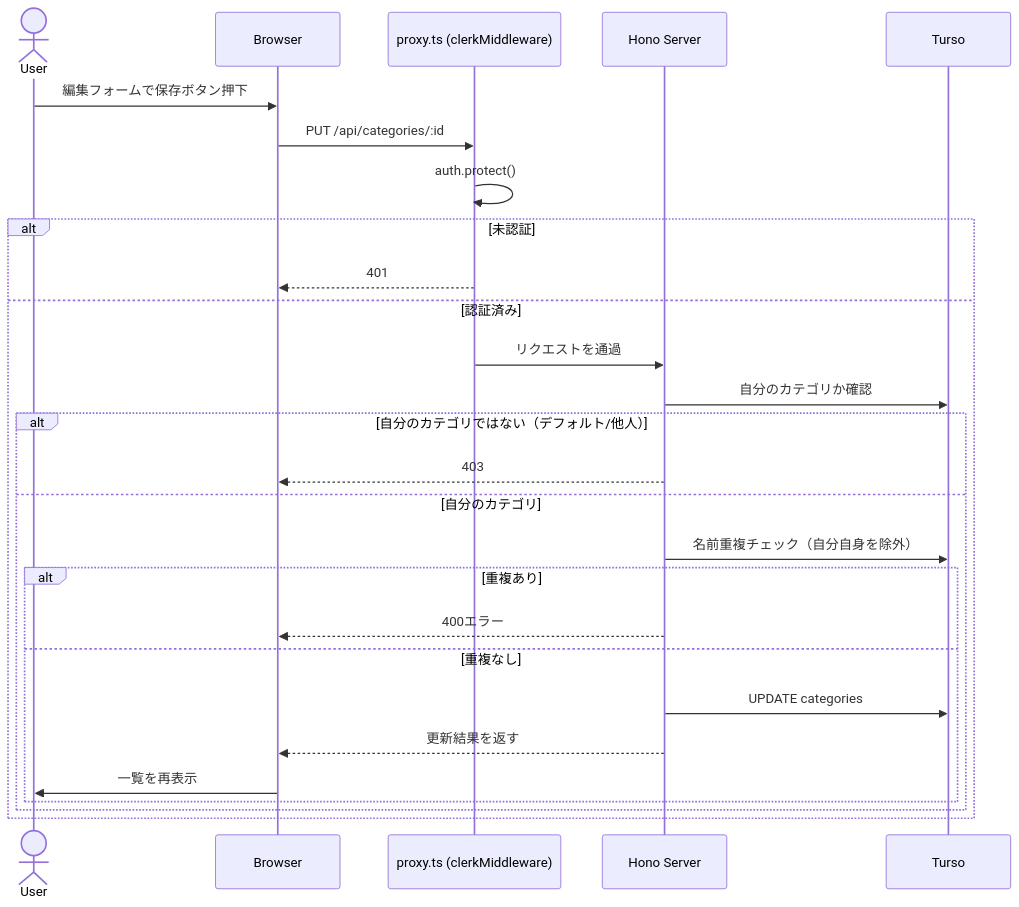
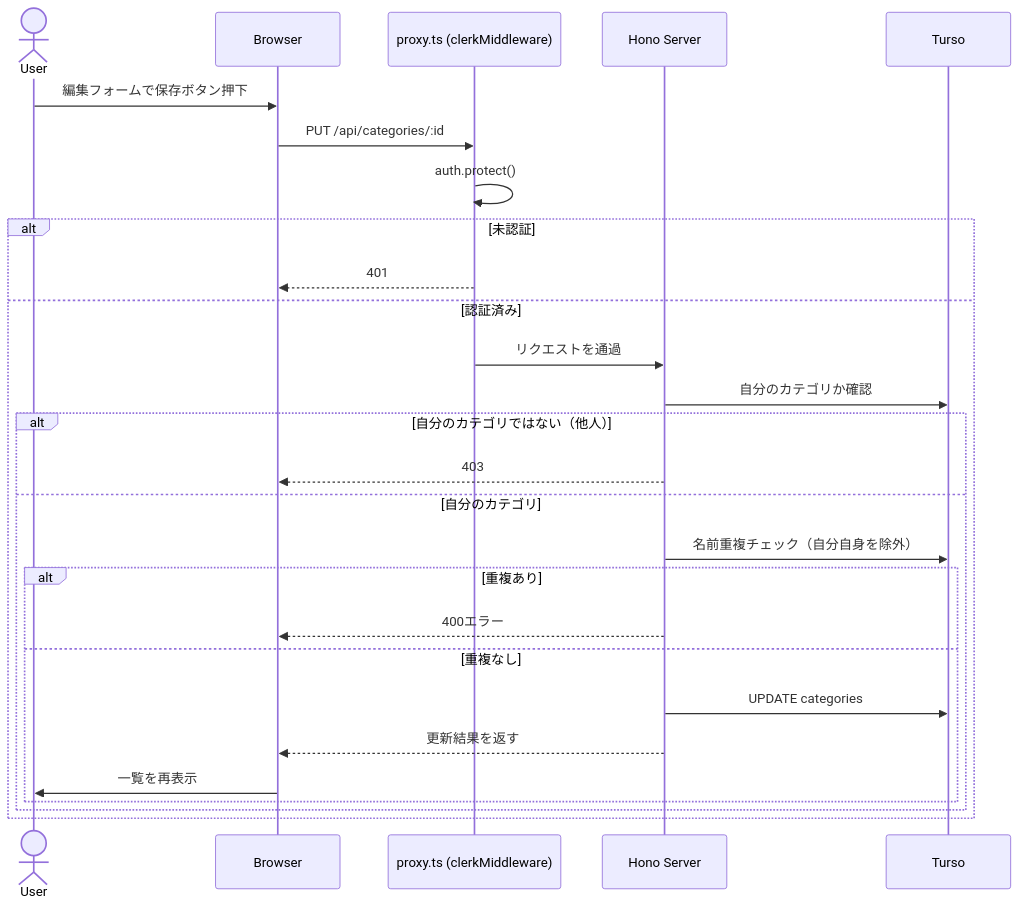
One commit to toshiki-s1892/my-kakeibo-app changed the fourth of 7 diagrams in docs/specs/features/categories.md. Above: the diagram before and after it, drawn with Mermaid. The commit also changed other lines of this file and 101 other files, not shown here.

````diff
--- a/docs/specs/features/categories.md
+++ b/docs/specs/features/categories.md
@@ -188,30 +183,30 @@
 ```mermaid
 sequenceDiagram
     actor User
     participant Browser
     participant Proxy as proxy.ts (clerkMiddleware)
     participant Server as Hono Server
     participant DB as Turso
 
     User->>Browser: 編集フォームで保存ボタン押下
     Browser->>Proxy: PUT /api/categories/:id
     Proxy->>Proxy: auth.protect()
     alt 未認証
         Proxy-->>Browser: 401
     else 認証済み
         Proxy->>Server: リクエストを通過
         Server->>DB: 自分のカテゴリか確認
-        alt 自分のカテゴリではない（デフォルト/他人）
+        alt 自分のカテゴリではない（他人）
             Server-->>Browser: 403
         else 自分のカテゴリ
             Server->>DB: 名前重複チェック（自分自身を除外）
             alt 重複あり
                 Server-->>Browser: 400エラー
             else 重複なし
                 Server->>DB: UPDATE categories
                 Server-->>Browser: 更新結果を返す
                 Browser->>User: 一覧を再表示
             end
         end
     end
 ```
````
